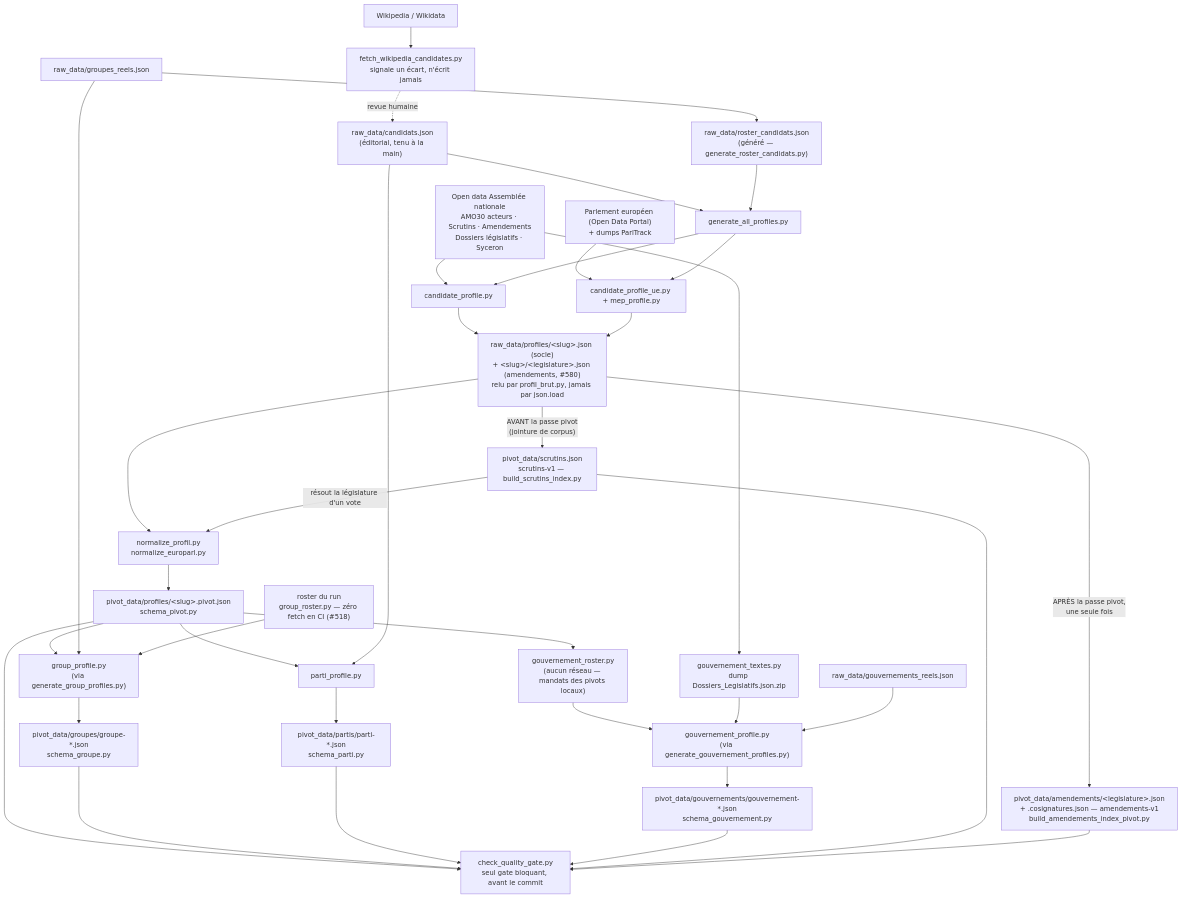
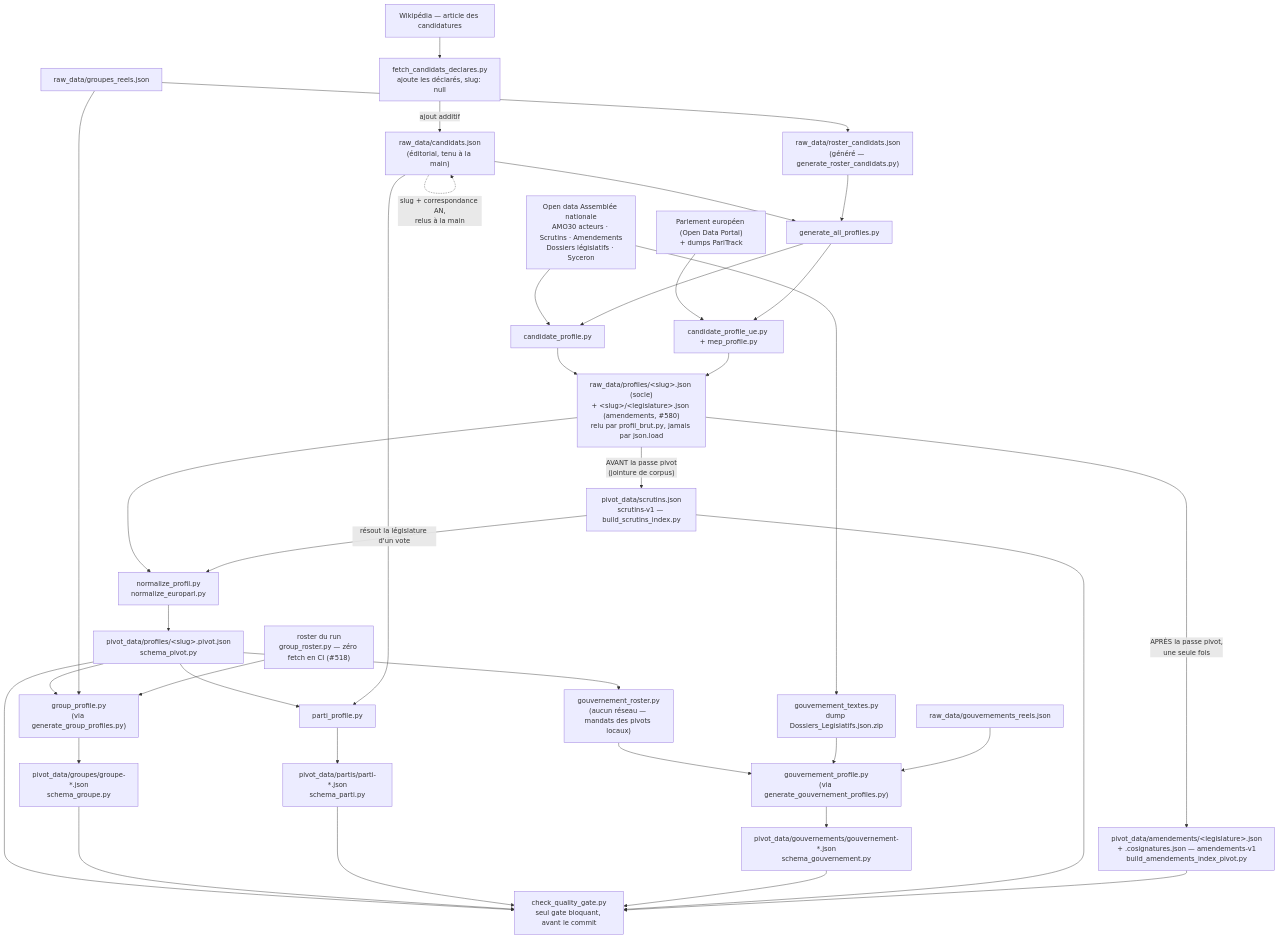
The first of 2 diagrams in docs/data-architecture.md (stephieED/Empreinte-politique-src), drawn with Mermaid before and after one commit. The commit also changed other lines of this file and 11 other files, not shown here.

````diff
--- a/docs/data-architecture.md
+++ b/docs/data-architecture.md
@@ -61,61 +61,62 @@
 ```mermaid
 graph TD
     %% ── SOURCES ──────────────────────────────────────────────
     SAN["Open data Assemblée nationale<br/>AMO30 acteurs · Scrutins · Amendements<br/>Dossiers législatifs · Syceron"]
     SUE["Parlement européen (Open Data Portal)<br/>+ dumps ParlTrack"]
-    SWK["Wikipedia / Wikidata"]
+    SWK["Wikipédia — article des candidatures"]
 
     %% ── ENTRÉES ÉDITORIALES ─────────────────────────────────
     CAND["raw_data/candidats.json<br/>(éditorial, tenu à la main)"]
     ROST["raw_data/roster_candidats.json<br/>(généré — generate_roster_candidats.py)"]
     GRPC["raw_data/groupes_reels.json"]
     GOUC["raw_data/gouvernements_reels.json"]
 
-    SWK --> WIKI["fetch_wikipedia_candidates.py<br/>signale un écart, n'écrit jamais"]
-    WIKI -.->|revue humaine| CAND
+    SWK --> WIKI["fetch_candidats_declares.py<br/>ajoute les déclarés, slug: null"]
+    WIKI -->|ajout additif| CAND
+    CAND -.->|slug + correspondance AN,<br/>relus à la main| CAND
     GRPC --> ROST
 
     %% ── COLLECTE ────────────────────────────────────────────
     SAN --> CFR["candidate_profile.py"]
     SUE --> CUE["candidate_profile_ue.py + mep_profile.py"]
     CAND --> GAP["generate_all_profiles.py"]
     ROST --> GAP
     GAP --> CFR
     GAP --> CUE
 
     CFR --> RAW["raw_data/profiles/&lt;slug&gt;.json (socle)<br/>+ &lt;slug&gt;/&lt;legislature&gt;.json (amendements, #580)<br/>relu par profil_brut.py, jamais par json.load"]
     CUE --> RAW
 
     %% ── INDEX PARTAGÉS : LUS DEPUIS LE BRUT ─────────────────
     RAW -->|"AVANT la passe pivot<br/>(jointure de corpus)"| SCR["pivot_data/scrutins.json<br/>scrutins-v1 — build_scrutins_index.py"]
     RAW -->|"APRÈS la passe pivot,<br/>une seule fois"| AMD["pivot_data/amendements/&lt;legislature&gt;.json<br/>+ .cosignatures.json — amendements-v1<br/>build_amendements_index_pivot.py"]
 
     %% ── NORMALISATION ───────────────────────────────────────
     RAW --> NRM["normalize_profil.py<br/>normalize_europarl.py"]
     SCR -->|résout la législature d'un vote| NRM
     NRM --> PIV["pivot_data/profiles/&lt;slug&gt;.pivot.json<br/>schema_pivot.py"]
 
     %% ── AGRÉGATS ────────────────────────────────────────────
     PIV --> GRP["group_profile.py<br/>(via generate_group_profiles.py)"]
     GRPC --> GRP
     ROSTB["roster du run<br/>group_roster.py — zéro fetch en CI (#518)"] --> GRP
     PIV --> PAR["parti_profile.py"]
     CAND --> PAR
     PIV --> GVR["gouvernement_roster.py<br/>(aucun réseau — mandats des pivots locaux)"]
     SAN --> GVT["gouvernement_textes.py<br/>dump Dossiers_Legislatifs.json.zip"]
     GVR --> GVP["gouvernement_profile.py<br/>(via generate_gouvernement_profiles.py)"]
     GVT --> GVP
     GOUC --> GVP
 
     GRP --> OGR["pivot_data/groupes/groupe-*.json<br/>schema_groupe.py"]
     PAR --> OPA["pivot_data/partis/parti-*.json<br/>schema_parti.py"]
     GVP --> OGO["pivot_data/gouvernements/gouvernement-*.json<br/>schema_gouvernement.py"]
 
     %% ── GATE ────────────────────────────────────────────────
     PIV --> QG["check_quality_gate.py<br/>seul gate bloquant, avant le commit"]
     OGR --> QG
     OPA --> QG
     OGO --> QG
     SCR --> QG
     AMD --> QG
 ```
````
